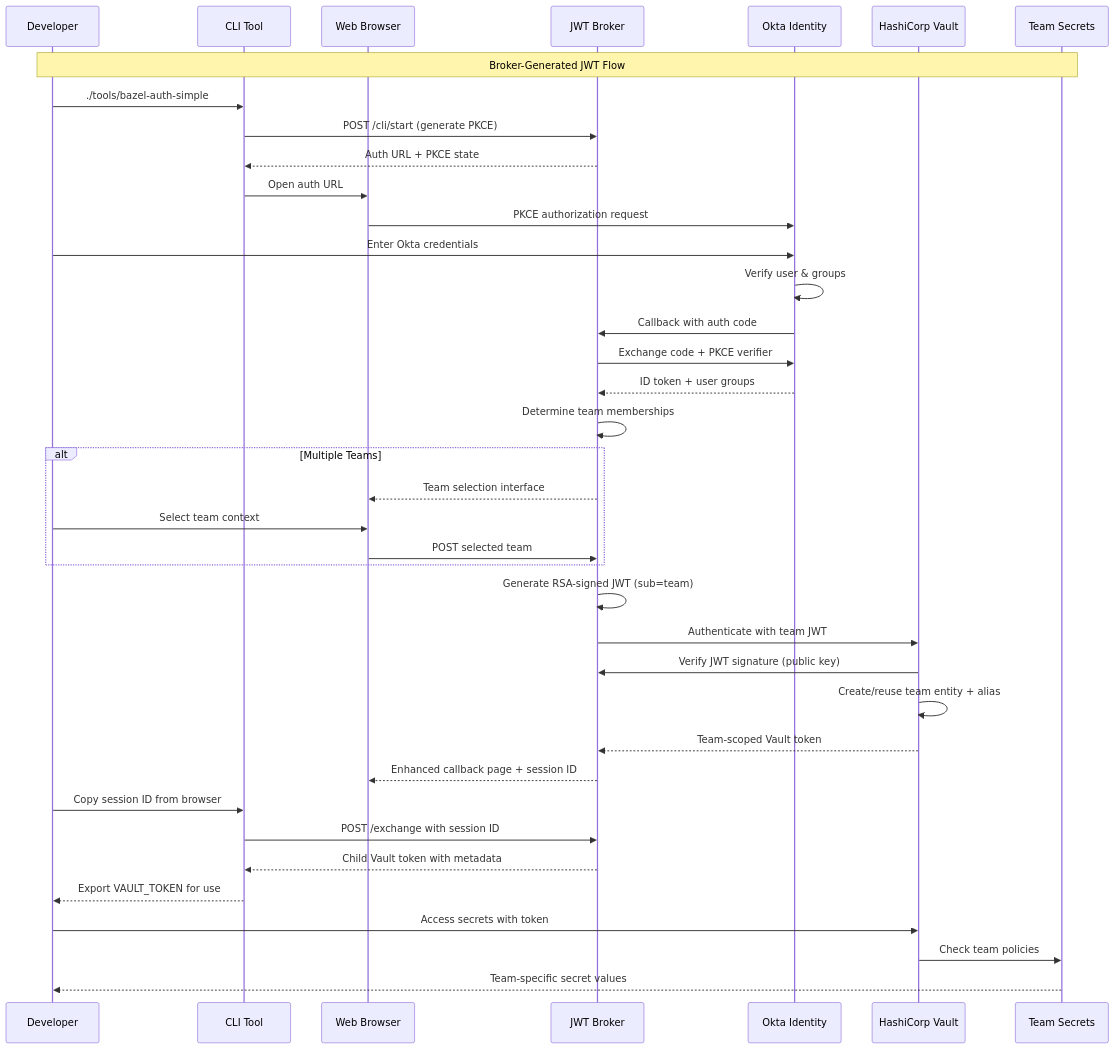
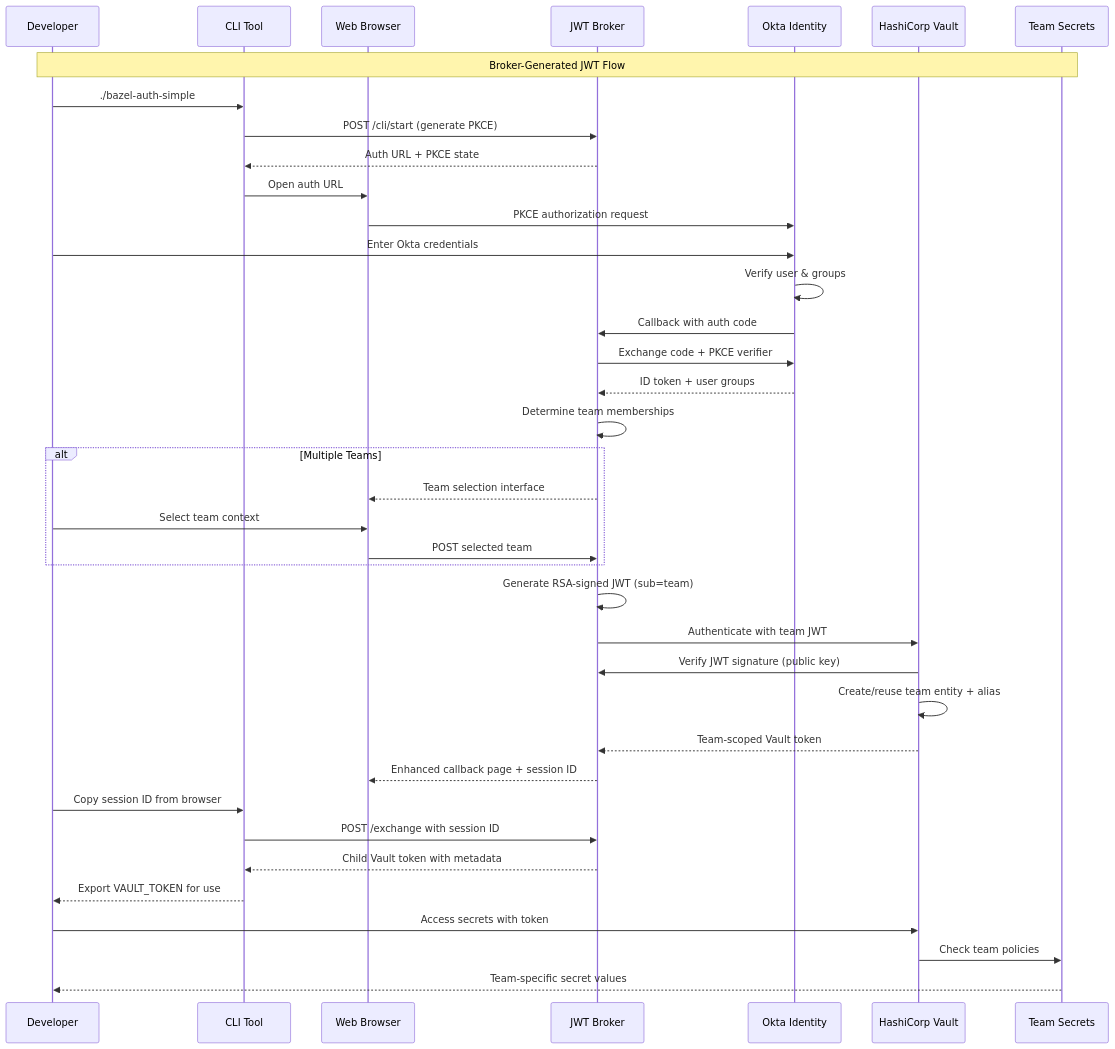
The diagram in README.md (trenner1/bazel-jwt-vault-demo), drawn with Mermaid before and after one commit. The commit also changed other lines of this file and 7 other files, not shown here.

First line of the commit message:
feat: simplify CLI command path for bazel-auth-simple

````diff
--- a/README.md
+++ b/README.md
@@ -58,43 +58,43 @@
 ```mermaid
 sequenceDiagram
     participant Dev as Developer
     participant CLI as CLI Tool
     participant Browser as Web Browser
     participant Broker as JWT Broker
     participant Okta as Okta Identity
     participant Vault as HashiCorp Vault
     participant Secrets as Team Secrets
 
     Note over Dev,Secrets: Broker-Generated JWT Flow
 
-    Dev->>CLI: ./tools/bazel-auth-simple
+    Dev->>CLI: ./bazel-auth-simple
     CLI->>Broker: POST /cli/start (generate PKCE)
     Broker-->>CLI: Auth URL + PKCE state
     CLI->>Browser: Open auth URL
     Browser->>Okta: PKCE authorization request
     Dev->>Okta: Enter Okta credentials
     Okta->>Okta: Verify user & groups
     Okta->>Broker: Callback with auth code
     Broker->>Okta: Exchange code + PKCE verifier
     Okta-->>Broker: ID token + user groups
     Broker->>Broker: Determine team memberships
     alt Multiple Teams
         Broker-->>Browser: Team selection interface
         Dev->>Browser: Select team context
         Browser->>Broker: POST selected team
     end
     Broker->>Broker: Generate RSA-signed JWT (sub=team)
     Broker->>Vault: Authenticate with team JWT
     Vault->>Broker: Verify JWT signature (public key)
     Vault->>Vault: Create/reuse team entity + alias
     Vault-->>Broker: Team-scoped Vault token
     Broker-->>Browser: Enhanced callback page + session ID
     Dev->>CLI: Copy session ID from browser
     CLI->>Broker: POST /exchange with session ID
     Broker-->>CLI: Child Vault token with metadata
     CLI-->>Dev: Export VAULT_TOKEN for use
     
     Dev->>Vault: Access secrets with token
     Vault->>Secrets: Check team policies
     Secrets-->>Dev: Team-specific secret values
 ```
````
